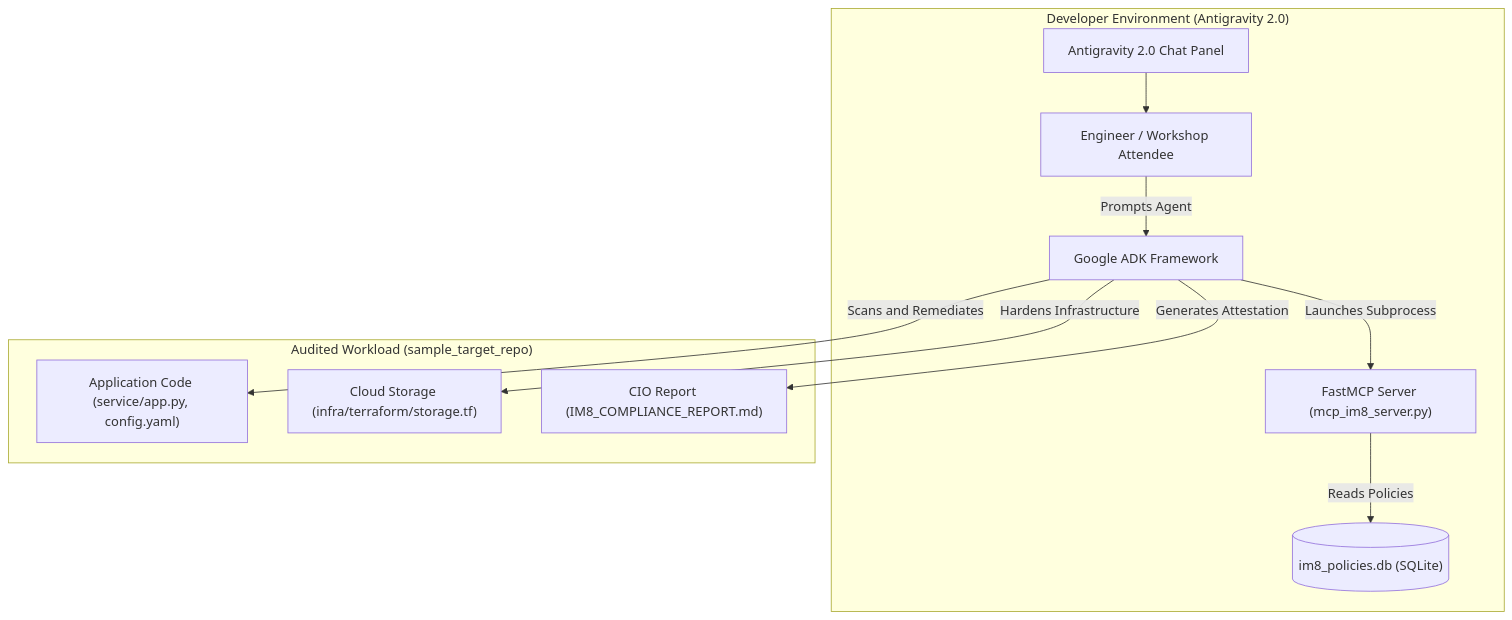
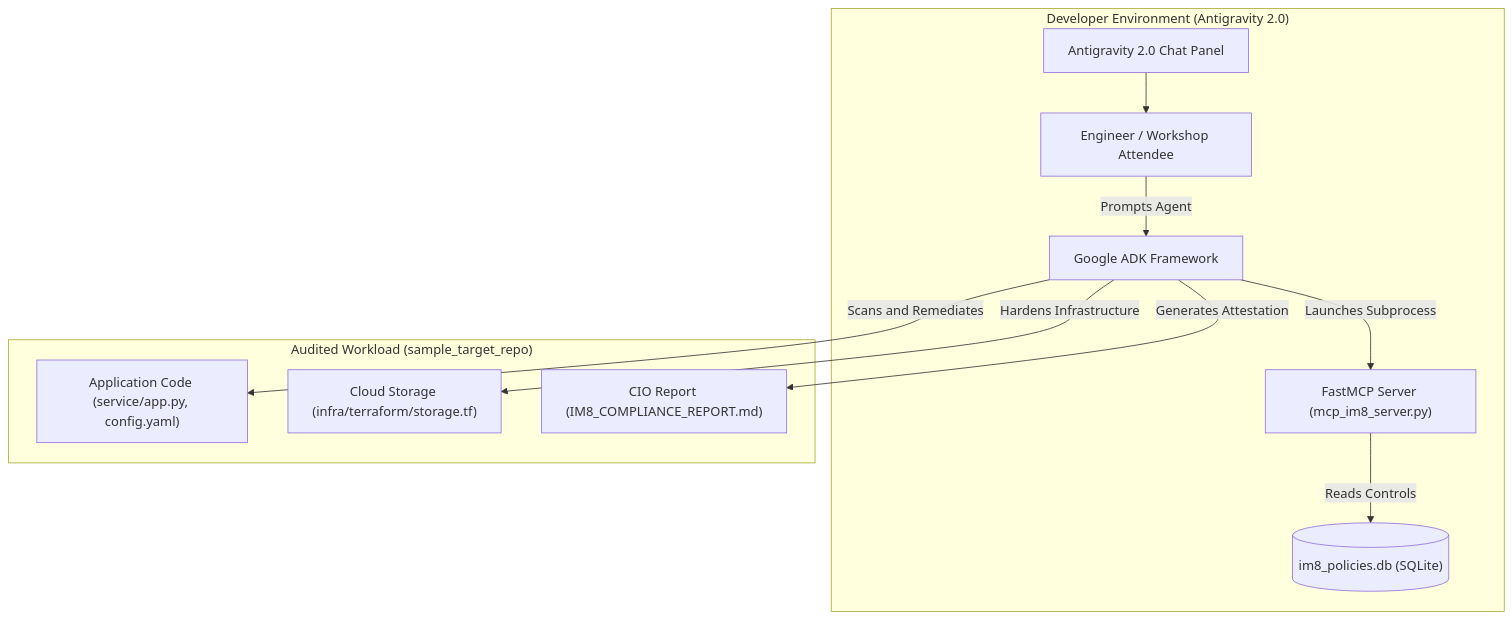
Before and after one commit to tohweizhong/agentic-demos: the first of 2 diagrams in agy-im8-agent/README.md, drawn with Mermaid. The commit also changed other lines of this file and 10 other files, not shown here.

````diff
--- a/agy-im8-agent/README.md
+++ b/agy-im8-agent/README.md
@@ -12,15 +38,15 @@
 ```mermaid
 graph TD
     subgraph LocalIDE ["Developer Environment (Antigravity 2.0)"]
         IDE["Antigravity 2.0 Chat Panel"] --> Developer["Engineer / Workshop Attendee"]
         Developer --> |Prompts Agent| ADK["Google ADK Framework"]
         ADK --> |Launches Subprocess| FastMCP["FastMCP Server (mcp_im8_server.py)"]
-        FastMCP --> |Reads Policies| SQLite[("im8_policies.db (SQLite)")]
+        FastMCP --> |Reads Controls| SQLite[("im8_policies.db (SQLite)")]
     end
 
     subgraph TargetWorkload ["Audited Workload (sample_target_repo)"]
         ADK --> |Scans and Remediates| AppCode["Application Code (service/app.py, config.yaml)"]
         ADK --> |Hardens Infrastructure| InfraCode["Cloud Storage (infra/terraform/storage.tf)"]
         ADK --> |Generates Attestation| Report["CIO Report (IM8_COMPLIANCE_REPORT.md)"]
     end
 ```
````
